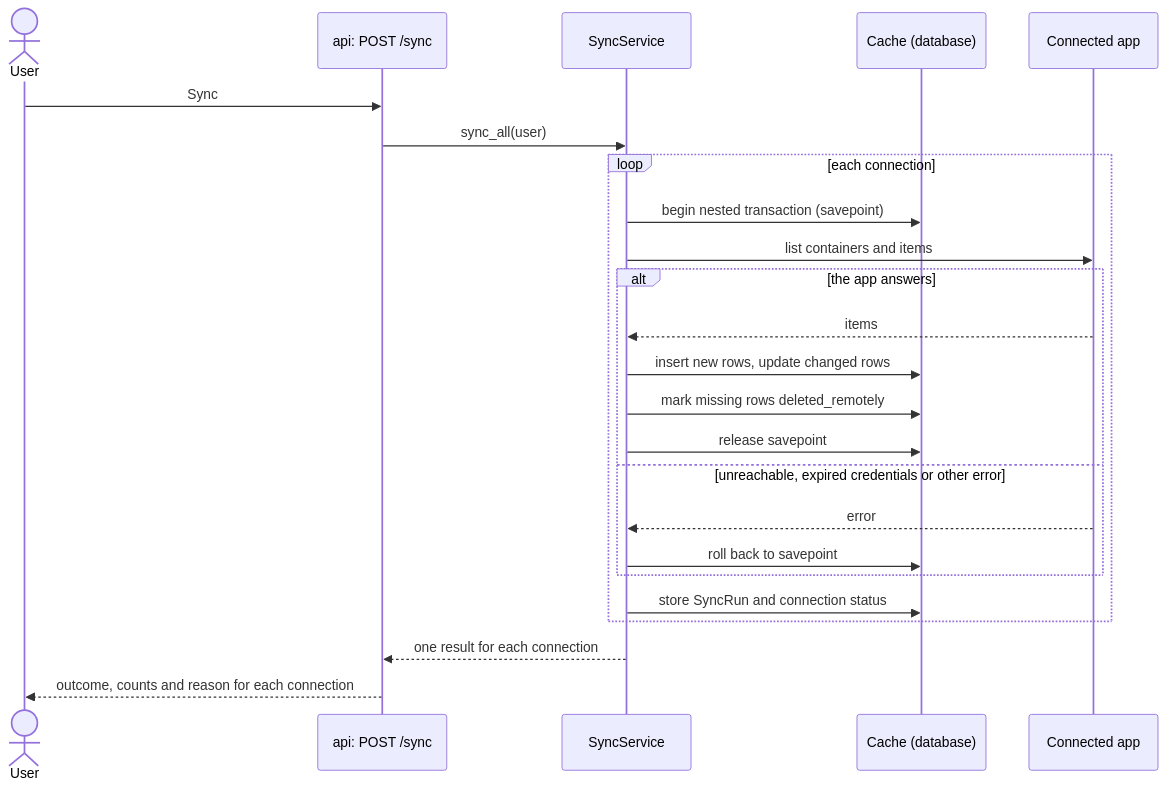
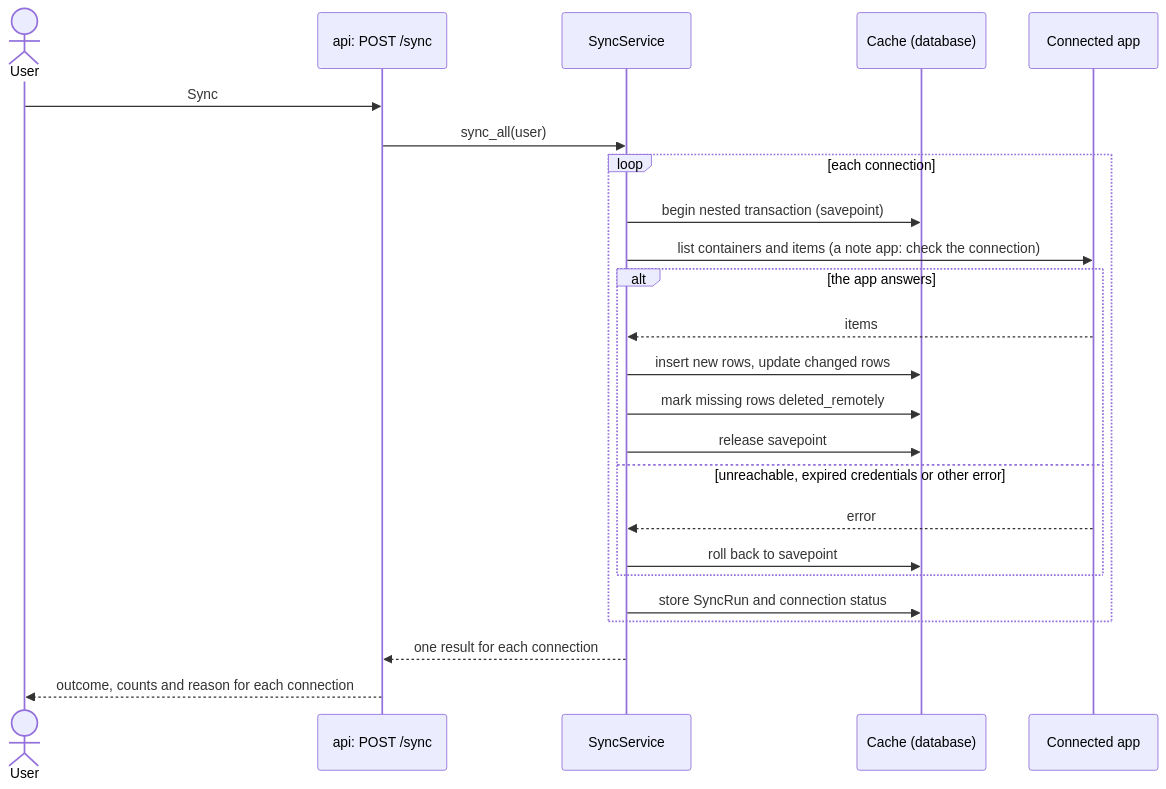
One commit to bergercookie/tefteri changed the first of 2 diagrams in docs/developer/sync.md. Above: the diagram before and after it, drawn with Mermaid. The commit also changed other lines of this file and 15 other files, not shown here.

````diff
--- a/docs/developer/sync.md
+++ b/docs/developer/sync.md
@@ -9,26 +15,26 @@
 ```mermaid
 sequenceDiagram
   actor User
   participant API as api: POST /sync
   participant Sync as SyncService
   participant DB as Cache (database)
   participant App as Connected app
   User->>API: Sync
   API->>Sync: sync_all(user)
   loop each connection
     Sync->>DB: begin nested transaction (savepoint)
-    Sync->>App: list containers and items
+    Sync->>App: list containers and items (a note app: check the connection)
     alt the app answers
       App-->>Sync: items
       Sync->>DB: insert new rows, update changed rows
       Sync->>DB: mark missing rows deleted_remotely
       Sync->>DB: release savepoint
     else unreachable, expired credentials or other error
       App-->>Sync: error
       Sync->>DB: roll back to savepoint
     end
     Sync->>DB: store SyncRun and connection status
   end
   Sync-->>API: one result for each connection
   API-->>User: outcome, counts and reason for each connection
 ```
````
